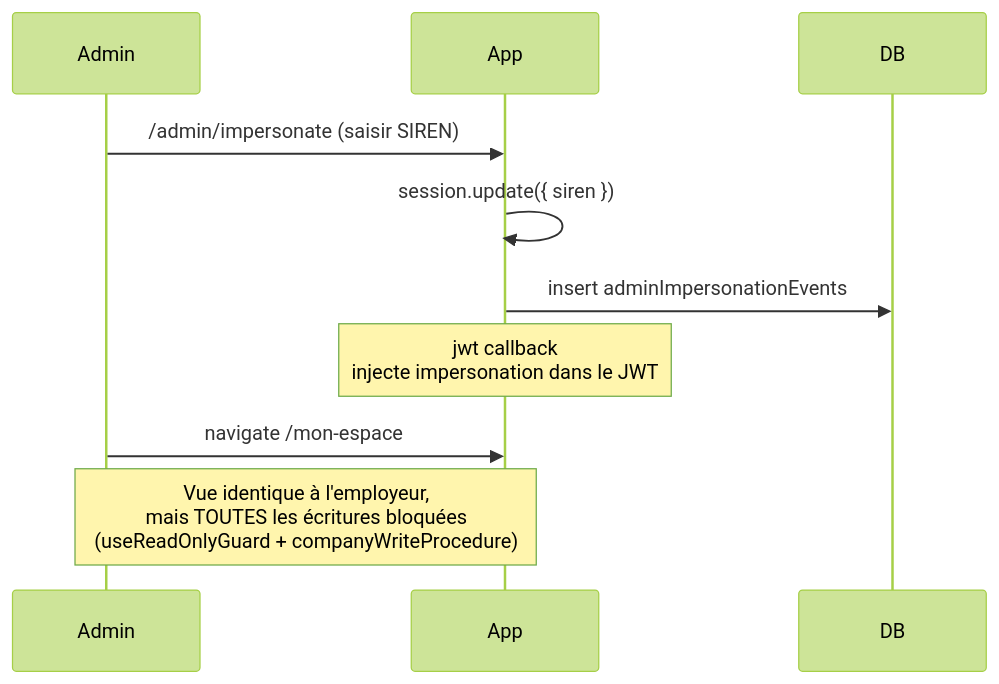
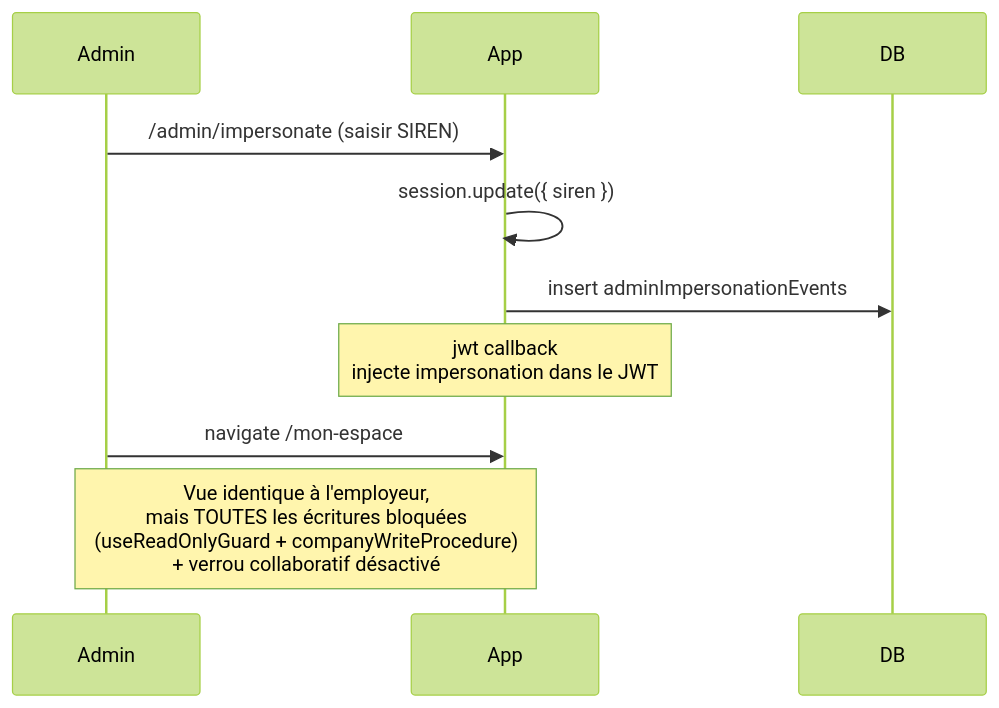
Before and after one commit to SocialGouv/egapro: diagram 11 of 11 in docs/parcours-utilisateurs.md, drawn with Mermaid (forest theme). The commit also changed other lines of this file and 97 other files, not shown here.

````diff
--- a/docs/parcours-utilisateurs.md
+++ b/docs/parcours-utilisateurs.md
@@ -418,13 +475,13 @@
 ```mermaid
 sequenceDiagram
     participant Admin
     participant App
     participant DB
 
     Admin->>App: /admin/impersonate (saisir SIREN)
     App->>App: session.update({ siren })
     App->>DB: insert adminImpersonationEvents
     Note over App: jwt callback<br/>injecte impersonation dans le JWT
     Admin->>App: navigate /mon-espace
-    Note over Admin,App: Vue identique à l'employeur,<br/>mais TOUTES les écritures bloquées<br/>(useReadOnlyGuard + companyWriteProcedure)
+    Note over Admin,App: Vue identique à l'employeur,<br/>mais TOUTES les écritures bloquées<br/>(useReadOnlyGuard + companyWriteProcedure)<br/>+ verrou collaboratif désactivé
 ```
````
